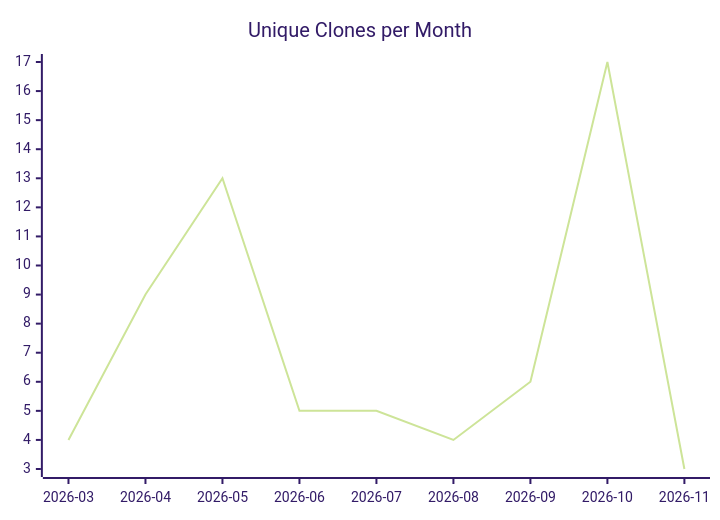
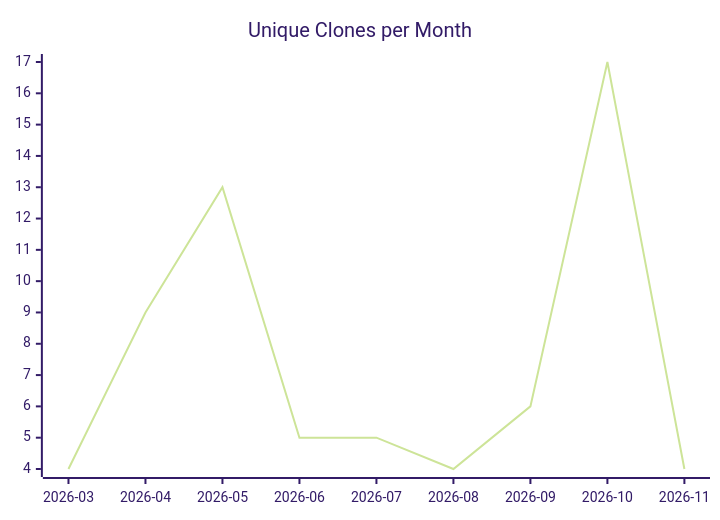
Before and after one commit to justdavis-family/github-analytics-data: the third of 3 diagrams in karlmdavis/justdavis-puppet/README.md, drawn with Mermaid (forest theme). The commit also changed other lines of this file and 192 other files, not shown here.

````diff
--- a/karlmdavis/justdavis-puppet/README.md
+++ b/karlmdavis/justdavis-puppet/README.md
@@ -19,6 +19,6 @@
 ```mermaid
 xychart-beta
   title "Unique Clones per Month"
   x-axis ["2026-03", "2026-04", "2026-05", "2026-06", "2026-07", "2026-08", "2026-09", "2026-10", "2026-11"]
-  line [4, 9, 13, 5, 5, 4, 6, 17, 3]
+  line [4, 9, 13, 5, 5, 4, 6, 17, 4]
 ```
````
